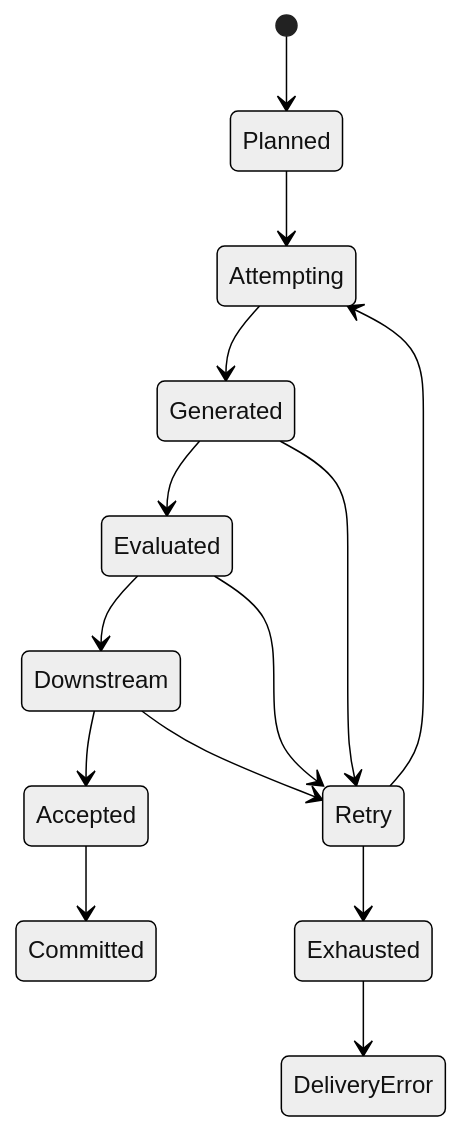
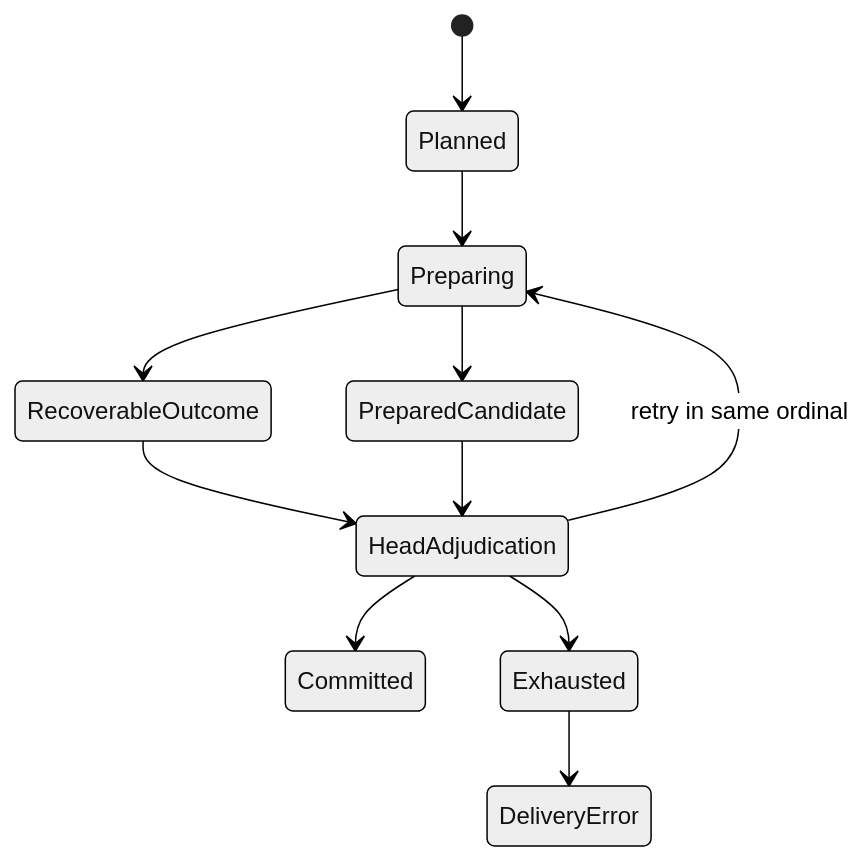
The fourth of 5 diagrams in docs/dev/SPEC-sequence-generation-redesign.md (HoldThatThgt/LabelKit), drawn with Mermaid (neutral theme) before and after one commit. The commit also changed other lines of this file and 139 other files, not shown here.

```diff
--- a/docs/dev/SPEC-sequence-generation-redesign.md
+++ b/docs/dev/SPEC-sequence-generation-redesign.md
@@ -1057,16 +1085,13 @@
 ~~~mermaid
 stateDiagram-v2
     [*] --> Planned
-    Planned --> Attempting
-    Attempting --> Generated
-    Generated --> Evaluated
-    Evaluated --> Downstream
-    Downstream --> Accepted
-    Generated --> Retry
-    Evaluated --> Retry
-    Downstream --> Retry
-    Retry --> Attempting
-    Retry --> Exhausted
-    Accepted --> Committed
+    Planned --> Preparing
+    Preparing --> RecoverableOutcome
+    Preparing --> PreparedCandidate
+    RecoverableOutcome --> HeadAdjudication
+    PreparedCandidate --> HeadAdjudication
+    HeadAdjudication --> Preparing: retry in same ordinal
+    HeadAdjudication --> Committed
+    HeadAdjudication --> Exhausted
     Exhausted --> DeliveryError
 ~~~
```
